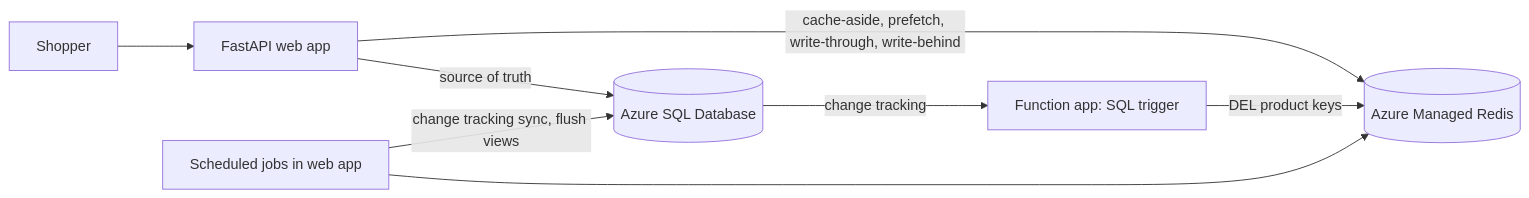
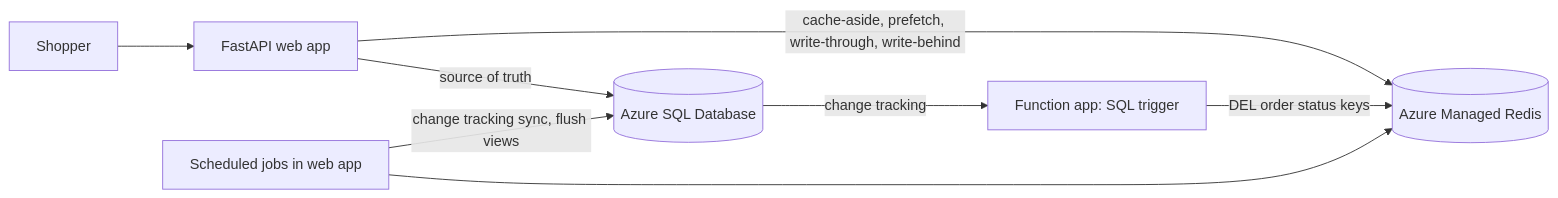
The diagram in azure-sql-retail-sample/README.md (AzureManagedRedis/amr-caching-pattern-samples), drawn with Mermaid before and after one commit. The commit also changed other lines of this file and 13 other files, not shown here.

First line of the commit message:
Azure SQL sample: order-status event-driven demo, backport article logic

````diff
--- a/azure-sql-retail-sample/README.md
+++ b/azure-sql-retail-sample/README.md
@@ -30,10 +30,10 @@
 ```mermaid
 flowchart LR
     U[Shopper] --> W[FastAPI web app]
     W -->|cache-aside, prefetch, write-through, write-behind| R[(Azure Managed Redis)]
     W -->|source of truth| S[(Azure SQL Database)]
     J[Scheduled jobs in web app] -->|change tracking sync, flush views| S
     J --> R
     S -->|change tracking| F[Function app: SQL trigger]
-    F -->|DEL product keys| R
+    F -->|DEL order status keys| R
 ```
````
